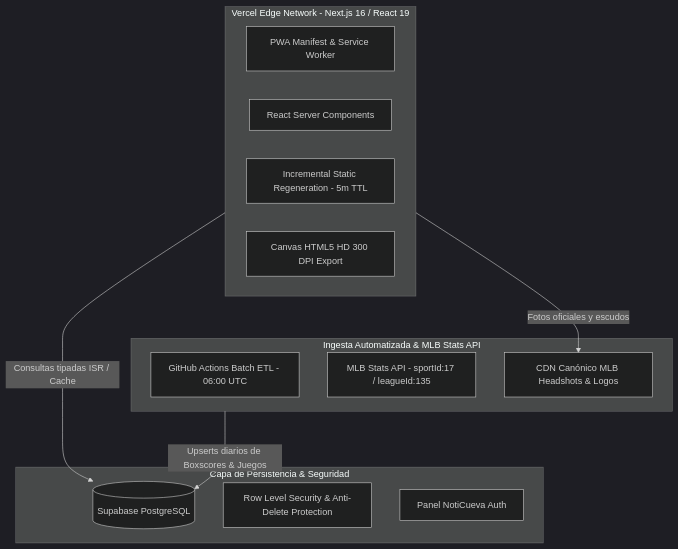
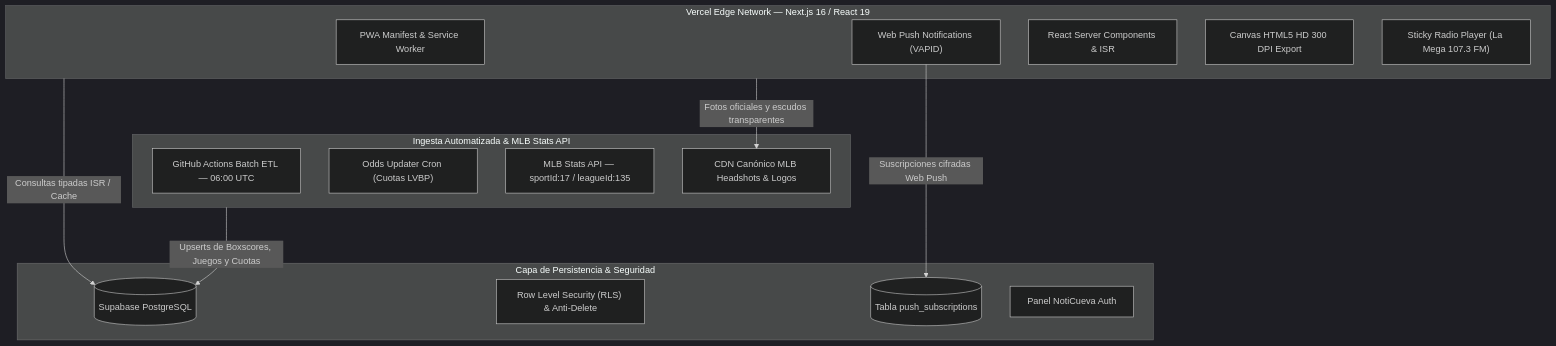
Before and after one commit to jloreto9/republicaraquista-web: the diagram in README.md, drawn with Mermaid (dark theme). The commit also changed other lines of this file, not shown here.

Commit message:
docs: actualizar README exhaustivo con suite sabermetrica completa, game center y web push

````diff
--- a/README.md
+++ b/README.md
@@ -17,25 +18,29 @@
 ```mermaid
 flowchart TD
-    subgraph Edge_Frontend [Vercel Edge Network - Next.js 16 / React 19]
-        PWA[PWA Manifest & Service Worker]
-        RSC[React Server Components]
-        ISR[Incremental Static Regeneration - 5m TTL]
-        Canvas[Canvas HTML5 HD 300 DPI Export]
+    subgraph Edge_Frontend ["Vercel Edge Network — Next.js 16 / React 19"]
+        PWA["PWA Manifest & Service Worker"]
+        WebPush["Web Push Notifications (VAPID)"]
+        RSC["React Server Components & ISR"]
+        Canvas["Canvas HTML5 HD 300 DPI Export"]
+        RadioPlayer["Sticky Radio Player (La Mega 107.3 FM)"]
     end
 
-    subgraph Persistence_Layer [Capa de Persistencia & Seguridad]
-        Supabase[(Supabase PostgreSQL)]
-        RLS[Row Level Security & Anti-Delete Protection]
-        AdminAuth[Panel NotiCueva Auth]
+    subgraph Persistence_Layer ["Capa de Persistencia & Seguridad"]
+        Supabase[("Supabase PostgreSQL")]
+        RLS["Row Level Security (RLS) & Anti-Delete"]
+        PushSub[("Tabla push_subscriptions")]
+        AdminAuth["Panel NotiCueva Auth"]
     end
 
-    subgraph Data_Pipeline [Ingesta Automatizada & MLB Stats API]
-        Cron[GitHub Actions Batch ETL - 06:00 UTC]
-        MLBAPI[MLB Stats API - sportId:17 / leagueId:135]
-        CDN[CDN Canónico MLB Headshots & Logos]
+    subgraph Data_Pipeline ["Ingesta Automatizada & MLB Stats API"]
+        Cron["GitHub Actions Batch ETL — 06:00 UTC"]
+        OddsCron["Odds Updater Cron (Cuotas LVBP)"]
+        MLBAPI["MLB Stats API — sportId:17 / leagueId:135"]
+        CDN["CDN Canónico MLB Headshots & Logos"]
     end
 
     Edge_Frontend -->|Consultas tipadas ISR / Cache| Supabase
-    Data_Pipeline -->|Upserts diarios de Boxscores & Juegos| Supabase
-    Edge_Frontend -->|Fotos oficiales y escudos| CDN
+    Data_Pipeline -->|Upserts de Boxscores, Juegos y Cuotas| Supabase
+    Edge_Frontend -->|Fotos oficiales y escudos transparentes| CDN
+    WebPush -->|Suscripciones cifradas Web Push| PushSub
 ```
````
